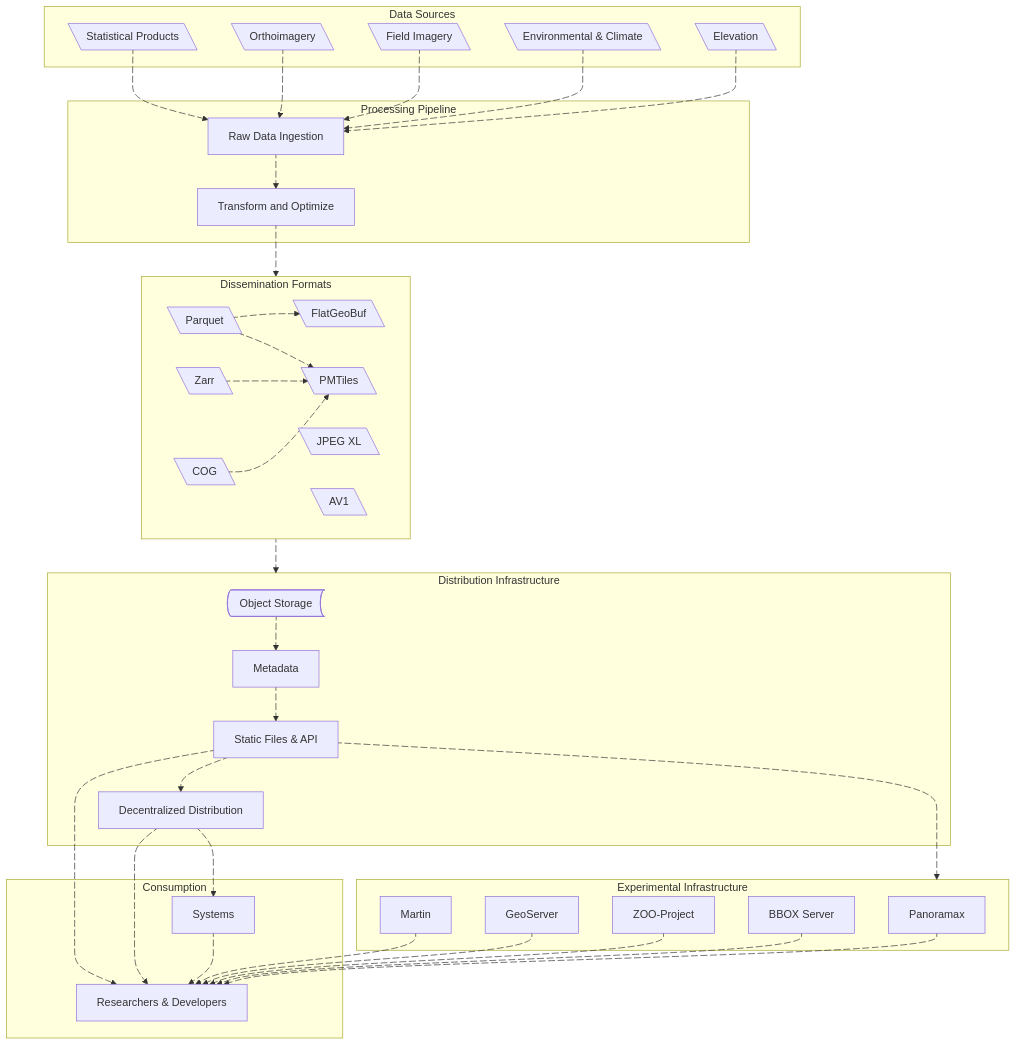
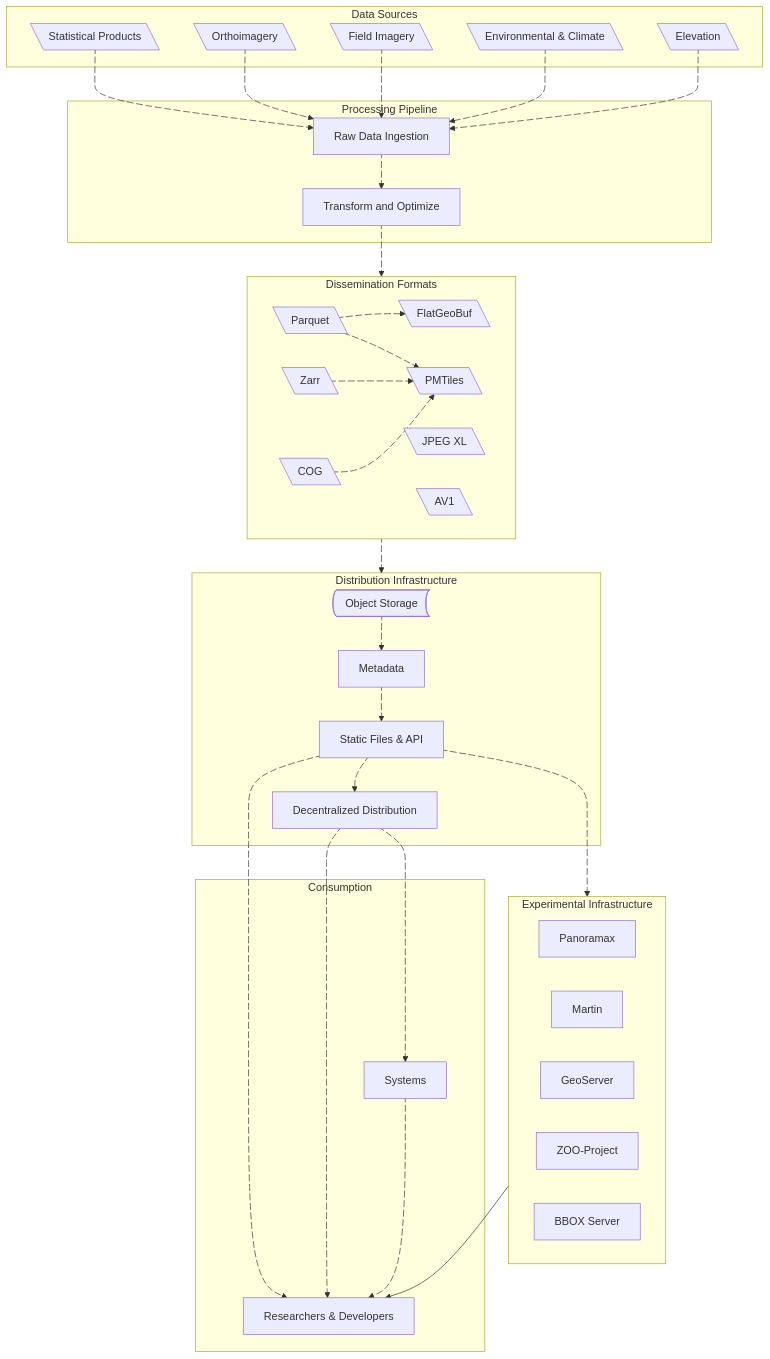
Before and after one commit to dataforcanada/www.dataforcanada.org: the diagram in content/_index.md, drawn with Mermaid.

Commit message:
Simplify homepage high-level overview

```diff
--- a/content/_index.md
+++ b/content/_index.md
@@ -107,16 +107,8 @@
     Systems a38@ --> DataSci
     a38@{animate: true, animation: fast}
 
-    Martin a24@--> DataSci
-    a24@{animate: true, animation: slow}
-    GeoServer a25@--> DataSci
-    a25@{animate: true, animation: slow}
-    ZOOProject a26@--> DataSci
-    a26@{animate: true, animation: slow}
-    BBOXServer a27@--> DataSci
-    a27@{animate: true, animation: slow}
-    Panoramax a37@--> DataSci
-    a37@{animate: true, animation: slow}
+    ei a39@ --> DataSci
+    a39@{animate: true, animation: slow}
 
     click Parquet "https://github.com/apache/parquet-format/" _blank
     click FlatGeoBuf "https://flatgeobuf.org/" _blank
```
